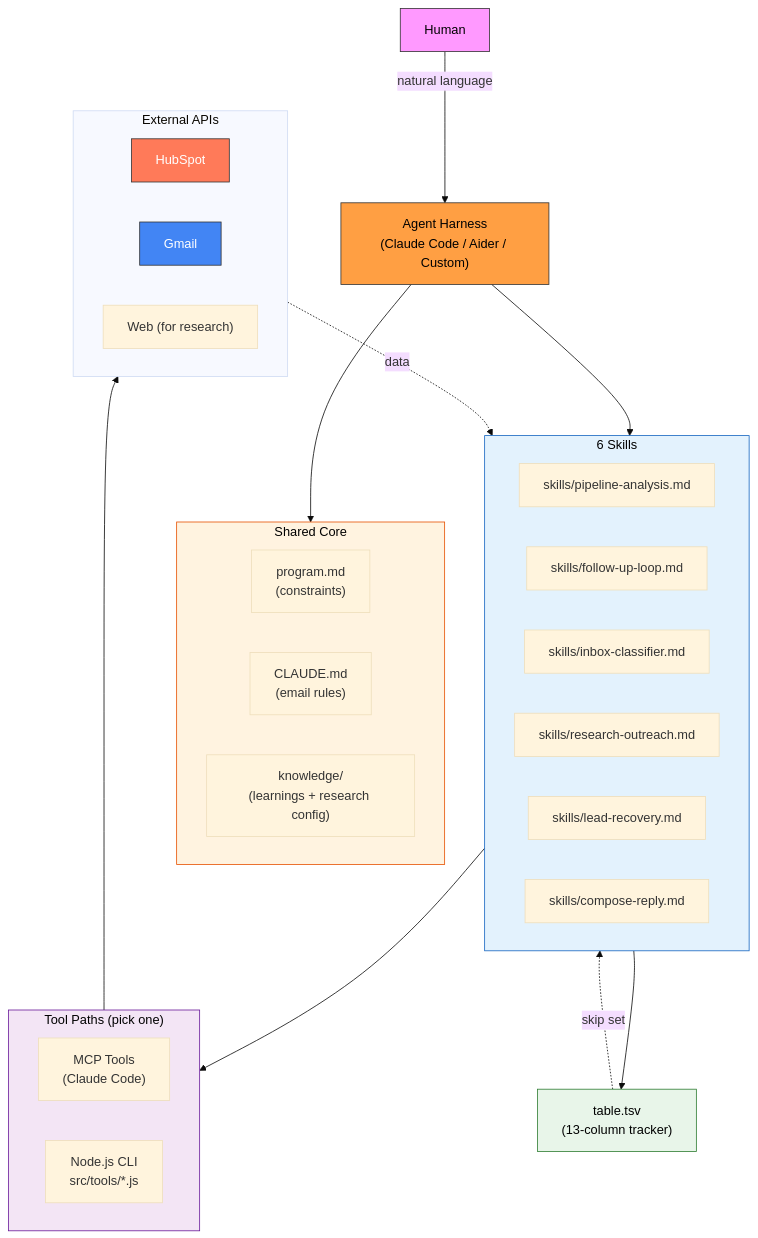
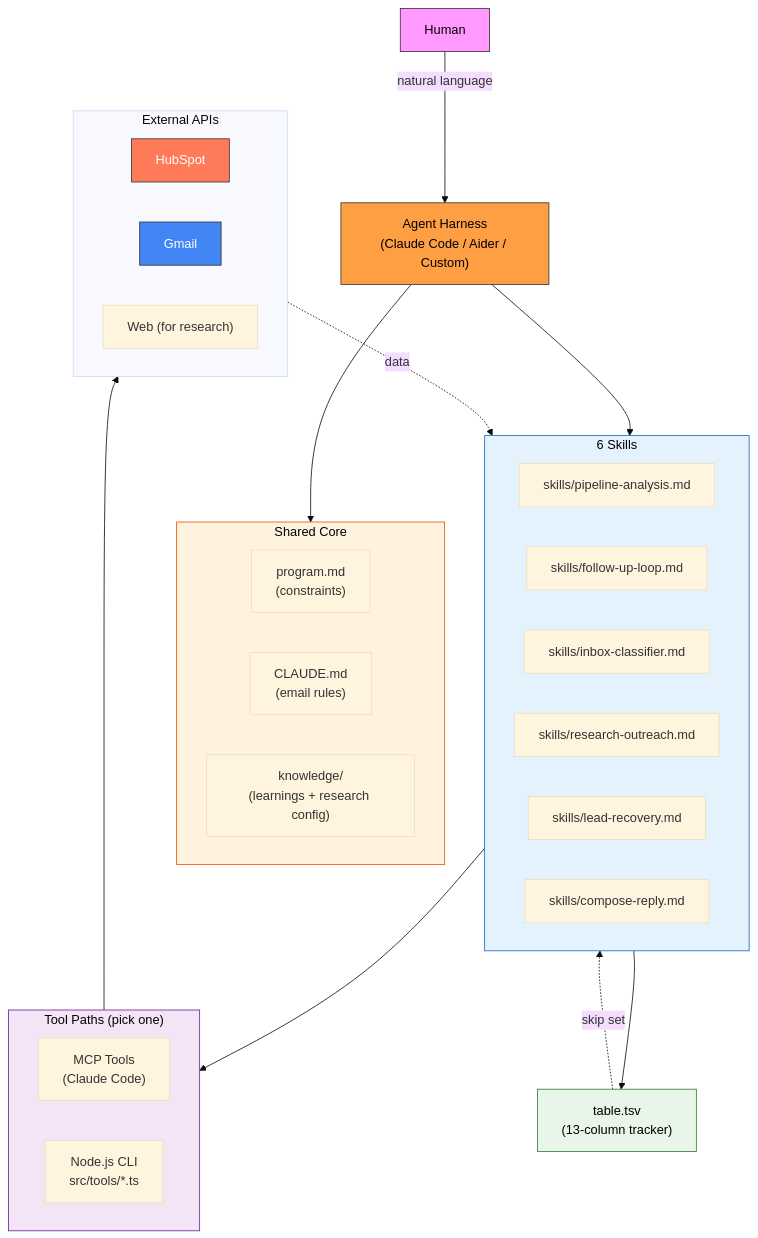
Before and after one commit to Connormcc3/hubspot-sales-agent: the diagram in README.md, drawn with Mermaid (base theme). The commit also changed other lines of this file and 25 other files, not shown here.

````diff
--- a/README.md
+++ b/README.md
@@ -44,51 +44,51 @@
 ```mermaid
 flowchart TB
     Human["Human"]
     Harness["Agent Harness\n(Claude Code / Aider / Custom)"]
 
     subgraph Shared["Shared Core"]
         Program["program.md\n(constraints)"]
         CLAUDE["CLAUDE.md\n(email rules)"]
         Knowledge["knowledge/\n(learnings + research config)"]
     end
 
     subgraph Skills["6 Skills"]
         Skill0["skills/pipeline-analysis.md"]
         Skill1["skills/follow-up-loop.md"]
         Skill2["skills/inbox-classifier.md"]
         Skill3["skills/research-outreach.md"]
         Skill4["skills/lead-recovery.md"]
         Skill5["skills/compose-reply.md"]
     end
 
     subgraph Tools["Tool Paths (pick one)"]
         MCP["MCP Tools\n(Claude Code)"]
-        CLI["Node.js CLI\nsrc/tools/*.js"]
+        CLI["Node.js CLI\nsrc/tools/*.ts"]
     end
 
     subgraph APIs["External APIs"]
         HubSpot["HubSpot"]
         Gmail["Gmail"]
         Web["Web (for research)"]
     end
 
     Tracker["table.tsv\n(13-column tracker)"]
 
     Human -->|natural language| Harness
     Harness --> Shared
     Harness --> Skills
     Skills --> Tools
     Tools --> APIs
     Skills --> Tracker
     APIs -.->|data| Skills
     Tracker -.->|skip set| Skills
 
     style Human fill:#f9f,stroke:#333,color:#000
     style Harness fill:#ff9f43,stroke:#333,color:#000
     style HubSpot fill:#ff7a59,stroke:#333,color:#fff
     style Gmail fill:#4285f4,stroke:#333,color:#fff
     style Tracker fill:#e8f5e9,stroke:#2e7d32,color:#000
     style Shared fill:#fff3e0,stroke:#e65100,color:#000
     style Skills fill:#e3f2fd,stroke:#1565c0,color:#000
     style Tools fill:#f3e5f5,stroke:#6a1b9a,color:#000
 ```
````
